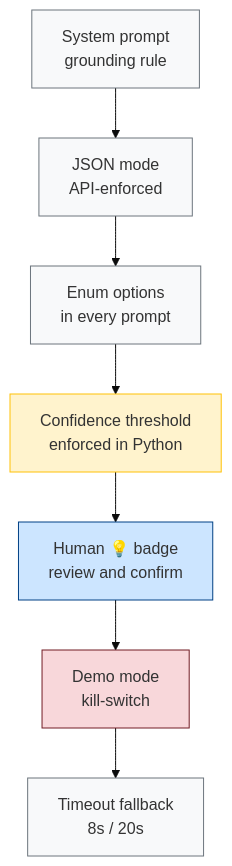
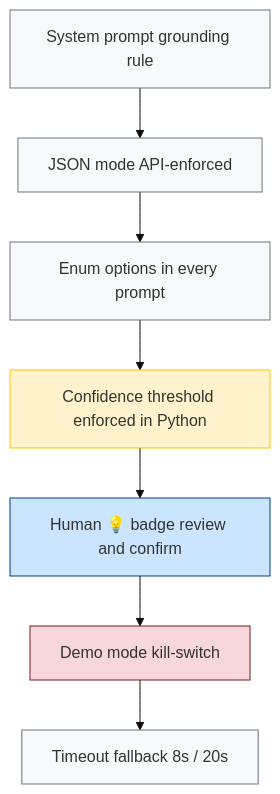
Before and after one commit to vm799/data-product-concierge: the first of 5 diagrams in README.md, drawn with Mermaid (base theme). The commit also changed other lines of this file and 1 other file, not shown here.

````diff
--- a/README.md
+++ b/README.md
@@ -92,17 +92,17 @@
 ```mermaid
 flowchart TD
-    A[System prompt\ngrounding rule] --> B[JSON mode\nAPI-enforced]
-    B --> C[Enum options\nin every prompt]
-    C --> D[Confidence threshold\nenforced in Python]
-    D --> E[Human 💡 badge\nreview and confirm]
-    E --> F[Demo mode\nkill-switch]
-    F --> G[Timeout fallback\n8s / 20s]
+    A[System prompt grounding rule] --> B[JSON mode API-enforced]
+    B --> C[Enum options in every prompt]
+    C --> D[Confidence threshold enforced in Python]
+    D --> E[Human 💡 badge review and confirm]
+    E --> F[Demo mode kill-switch]
+    F --> G[Timeout fallback 8s / 20s]
 
     style A fill:#f8f9fa,stroke:#6c757d
     style B fill:#f8f9fa,stroke:#6c757d
     style C fill:#f8f9fa,stroke:#6c757d
     style D fill:#fff3cd,stroke:#ffc107
     style E fill:#cce5ff,stroke:#004085
     style F fill:#f8d7da,stroke:#721c24
     style G fill:#f8f9fa,stroke:#6c757d
 ```
````
